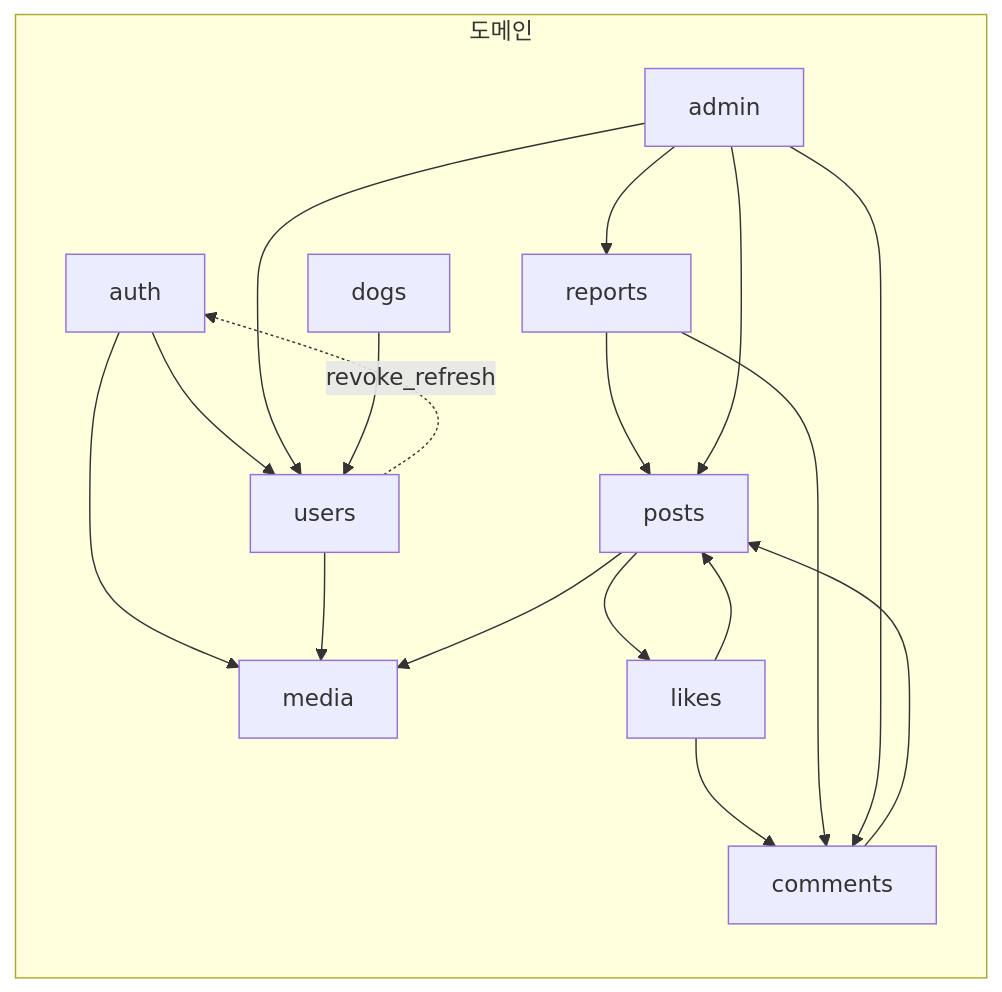
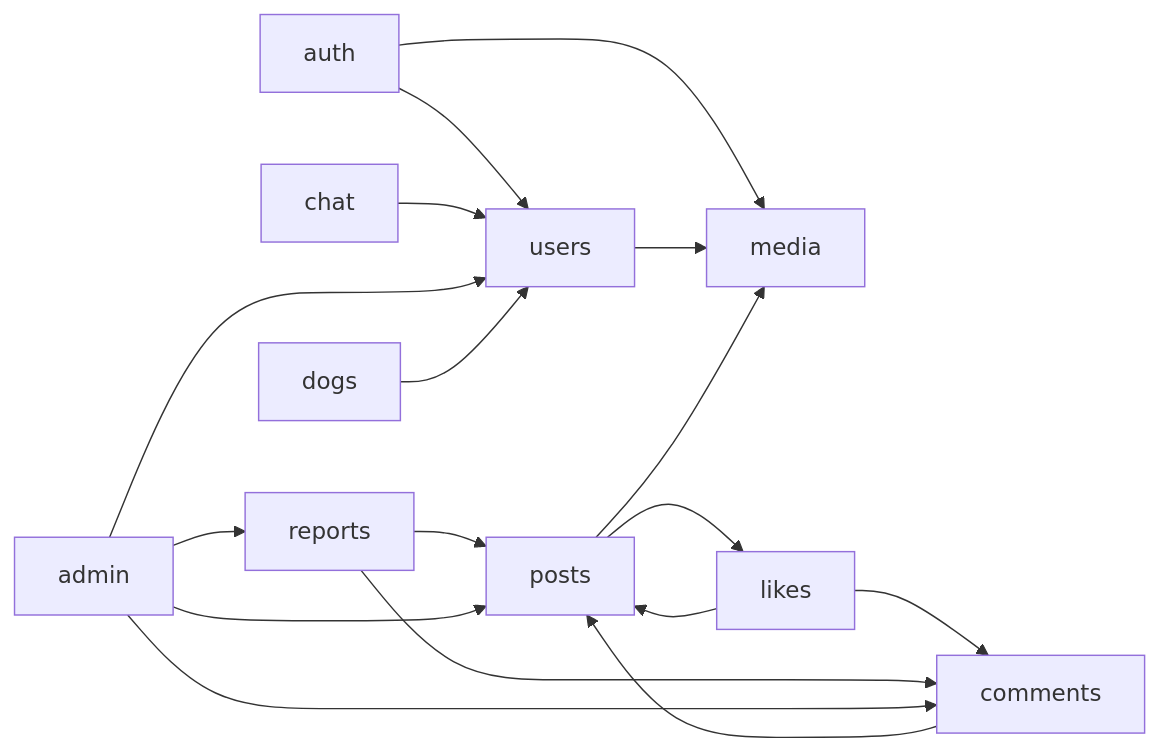
Before and after one commit to kyjness/2-kyjness-community-be: the fourth of 5 diagrams in docs/architecture.md, drawn with Mermaid. The commit also changed other lines of this file and 66 other files, not shown here.

````diff
--- a/docs/architecture.md
+++ b/docs/architecture.md
@@ -60,31 +320,19 @@
 ```mermaid
 flowchart LR
-    subgraph 도메인["도메인"]
-        auth[auth]
-        users[users]
-        posts[posts]
-        comments[comments]
-        likes[likes]
-        media[media]
-        reports[reports]
-        admin[admin]
-        dogs[dogs]
-    end
-
-    auth --> users
-    auth --> media
+    auth[auth] --> users[users]
+    auth --> media[media]
     users --> media
-    users -.->|revoke_refresh| auth
-    posts --> media
-    posts --> likes
-    comments --> posts
+    chat[chat] --> users
+    posts[posts] --> media
+    posts --> likes[likes]
+    comments[comments] --> posts
     likes --> posts
     likes --> comments
-    reports --> posts
+    reports[reports] --> posts
     reports --> comments
-    admin --> posts
+    admin[admin] --> posts
     admin --> comments
     admin --> users
     admin --> reports
-    dogs --> users
+    dogs[dogs] --> users
 ```
````
